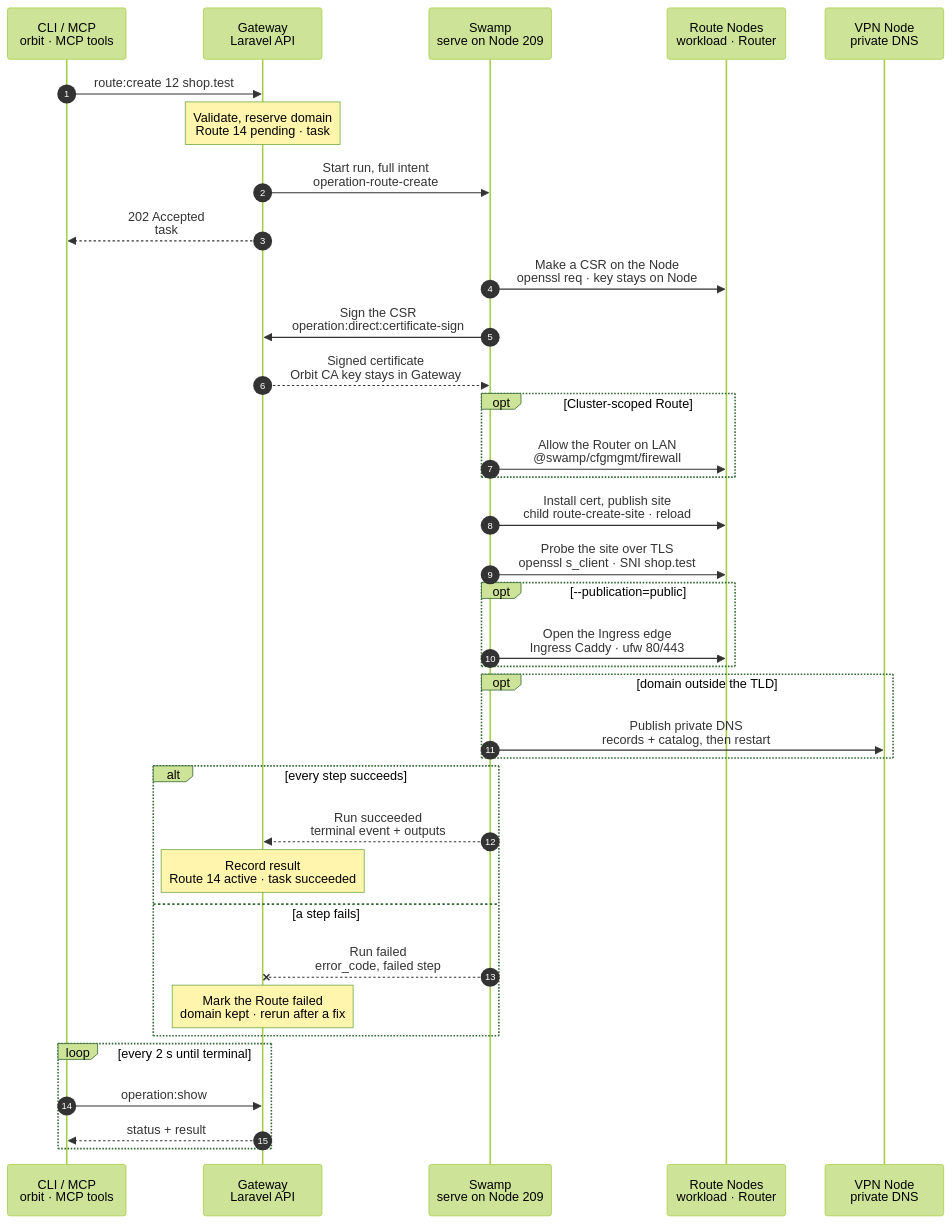
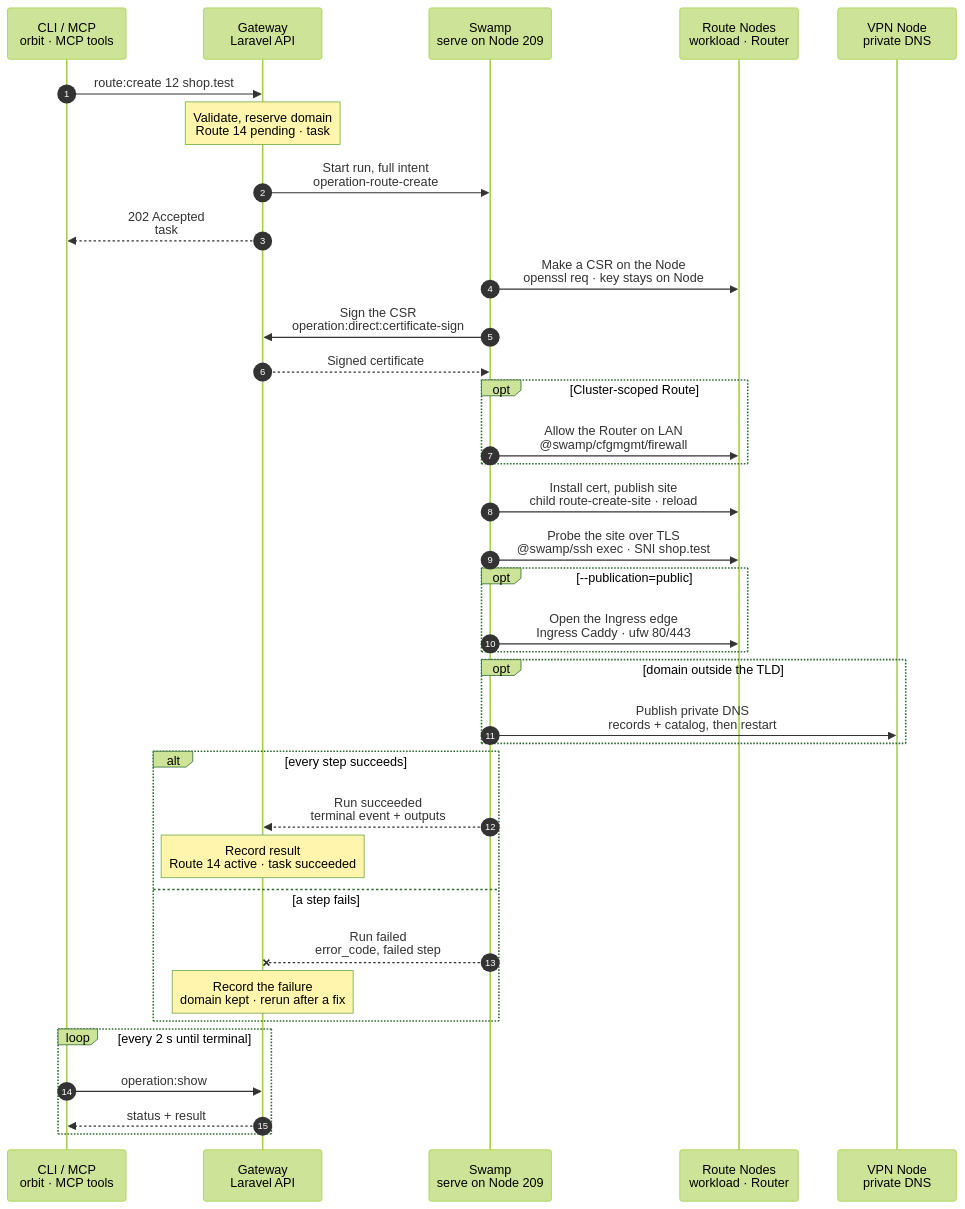
Before and after one commit to hardimpactdev/orbit: the diagram in docs/cli/route/create.mmd, drawn with Mermaid (forest theme). The commit also changed 12 other files, not shown here.

First line of the commit message:
refactor(routes): probe create through pinned official SSH argv (#2500)

```diff
--- a/docs/cli/route/create.mmd
+++ b/docs/cli/route/create.mmd
@@ -1,168 +1,53 @@
 sequenceDiagram
-  %% Target design: ADR 0244 task, DECISIONS R1-R4, no DNS hold, TLD-wide private DNS, web root at instance:create, cert+site one step (Nick 2026-11-02), firewall.allow shape, Gateway signs CSRs (root-of-trust), single-swamp-node. docs/cli/route.mdx, docs/reference/routes.md.
-  %% Checked: flow-tighten 2026-11-02, rules 14-22 (rule 22: name the cfgmgmt behaviors; no other change).
-  %% Rule 23: 2026-11-03 required-only main path.
+  %% Target design: Nick 2026-11-03, single-swamp-node, rules 14-25.
   %% status: draft
   %% command: route:create
   %% kind: route.create
   autonumber
   %% lane CLI icon=terminal pill=caller tone=gray
   %% lane GW icon=gateway pill=intent tone=blue
   %% lane SW icon=workflow pill=executes tone=green
   %% lane N icon=server pill=target tone=amber
   %% lane V icon=server pill=target tone=purple
   participant CLI as CLI / MCP<br/>orbit · MCP tools
   participant GW as Gateway<br/>Laravel API
   participant SW as Swamp<br/>serve on Node 209
   participant N as Route Nodes<br/>workload · Router
   participant V as VPN Node<br/>private DNS
   CLI->>GW: route:create 12 shop.test
-  %%> Command:
-  %%> - `orbit route:create 12 shop.test`
-  %%> - syntax: `<instance> <domain> [--publication=private|public] [--web-root=PATH]`
-  %%> Other forms:
-  %%> - custom proxy: `<domain> --node=NODE --upstream=URL` or `<domain> --node=NODE --process=PROCESS`
-  %%> - public Process Route: `<domain> --process=PROCESS [--ingress=NODE] --publication=public`
-  %%> Input:
-  %%> - Instance 12 sets the Project and the scope: its Node, or its active Cluster
-  %%> - the domain; the Gateway normalizes it
-  %%> Optional:
-  %%> - `--publication=public`: also opens the Ingress edge; the default is `private`
-  %%> - `--web-root=PATH`: the site serves that directory of the checkout; it adds no step
-  %%> - `--idempotency-key` and `--json` change no step
-  %%> Who can call it:
-  %%> - the `orbit` CLI and the MCP tool send the same request
   Note over GW: Validate, reserve domain<br/>Route 14 pending · task #5120
-  %%> Requirements:
-  %%> - your Node has an access grant to Node 7, the Node of Instance 12
-  %%> - Instance 12 is active and has a supported web root
-  %%> - the domain is valid, free, and not a reserved name such as `gateway.orbit`
-  %%> - Instance 12 has no other Route without a web root (`route.target_conflict`)
-  %%> - a Cluster-scoped Route needs an active Router (`route.router_required`)
-  %%> - a public Route needs production targets and a serving Ingress
-  %%> Locks:
-  %%> - the projection lock and the Instance environment owner of Instance 12
-  %%> - a busy lock is waited for up to 30 s, then `app-dev.projection_busy`
-  %%> Builds:
-  %%> - the Caddy site blocks for every affected Node, the certificate leaves, the LAN tuples and the private DNS records
-  %%> Result:
-  %%> - Route 14 recorded as `pending`, unpublished, with the domain reserved
-  %%> - task #5120 recorded with the full intent
-  %%> - nothing has happened on a Node yet
   GW->>SW: Start run, full intent<br/>operation-route-create
-  %%> What it does:
-  %%> - starts one Swamp run on serve (Node 209)
-  %%> Inputs:
-  %%> - the rendered Caddy blocks before and after, per Node
-  %%> - the certificate leaves: Node, scope, domain, Node user
-  %%> - LAN tuples, DNS records, probes, and each Node's address and SSH host keys
-  %%> - production `.env` material only as vault key names in `orbit-control-inputs` (R3)
-  %%> - the SSH identity comes from the `swamp` role
   GW-->>CLI: 202 Accepted<br/>task #5120
-  %%> What you get:
-  %%> - the task number, at once
-  %%> Next:
-  %%> - the CLI follows the task with `operation:show`
   SW->>N: Make a CSR on the Node<br/>openssl req · key stays on Node
-  %%> How:
-  %%> - Swamp reaches Node 7, and the Router for a Cluster Route, over `@swamp/ssh` from 209
-  %%> What it does:
-  %%> - makes a new private key and a certificate request for `shop.test`
-  %%> - returns only the public CSR to Swamp
-  %%> Why:
-  %%> - the private key never leaves the Node
   SW->>GW: Sign the CSR<br/>operation:direct:certificate-sign
-  %%> What it does:
-  %%> - sends the CSRs with task #5120 and the run id
-  %%> Why:
-  %%> - the Orbit CA key stays in the Gateway; signing is the one step that calls the Gateway
-  %%> Requirements:
-  %%> - the Gateway checks the task, the run, and that each CSR matches an admitted leaf
-  GW-->>SW: Signed certificate<br/>Orbit CA key stays in Gateway
-  %%> Returns:
-  %%> - one public certificate bundle per leaf
+  %%> The Orbit CA key stays in the Gateway.
+  GW-->>SW: Signed certificate
   opt Cluster-scoped Route
     SW->>N: Allow the Router on LAN<br/>@swamp/cfgmgmt/firewall
-    %%> What it does:
-    %%> - on the workload Node, allows TCP 443 from the Router's LAN address
-    %%> - an identical tuple that another Route uses is left as it is
-    %%> - a managed rule goes below the operator rules, so `@swamp/cfgmgmt/firewall` needs no insert position
-    %%> Why:
-    %%> - the Router forwards to the workload over LAN, with no WireGuard fallback
+    %%> The Router reaches workloads over LAN; there is no WireGuard fallback.
   end
   SW->>N: Install cert, publish site<br/>child route-create-site · reload
-  %%> What it does, per Node, in one child run:
-  %%> - installs the signed certificate next to its key, `root:caddy` 0644, and points `current` at it
-  %%> - copies the pair into the account's `~/.orbit/certificates`, which development servers read
-  %%> - trusts the Orbit root, writes the PHP-FPM pools, then the whole Caddyfile
-  %%> - validates the Caddyfile, then reloads Caddy
-  %%> - writes `APP_URL`, or a production `.env` from the vault
-  %%> Until instance:create owns it:
-  %%> - grants Caddy read access to the web root, one `setfacl` per directory
-  %%> How:
-  %%> - `@swamp/cfgmgmt` file, link and line; `caddy validate`, reloads and `setfacl` as `@swamp/ssh exec`
-  %%> Why reload:
-  %%> - a reload keeps open connections; Caddy is never restarted (rule 7)
-  %%> Refuses:
-  %%> - a validation error; the old Caddyfile stays in place
-  %%> Why one step:
-  %%> - same Node, back to back; the certificate never sits on the Node without its site
-  SW->>N: Probe the site over TLS<br/>openssl s_client · SNI shop.test
-  %%> What it does:
-  %%> - connects from 209 to the workload, or the Router, on port 443 with the Route domain as SNI
-  %%> - requires a chain the Orbit root trusts
-  %%> Why:
-  %%> - the Route only counts as served when the probe passes
-  %%> Not included:
-  %%> - the application's own HTTP answer; a 500 does not fail the Route
+  %%> A validation error stops the reload; the written candidate stays for convergence.
+  SW->>N: Probe the site over TLS<br/>@swamp/ssh exec · SNI shop.test
+  %%> Runs from 209; an HTTP 500 does not fail the TLS check.
   opt --publication=public
     SW->>N: Open the Ingress edge<br/>Ingress Caddy · ufw 80/443
-    %%> What it does:
-    %%> - publishes the public site on the Ingress, with `tls force_automate` for Let's Encrypt
-    %%> - opens `orbit:ingress-http` and `orbit:ingress-https` when they are closed
-    %%> Not included:
-    %%> - the public DNS record; you create it yourself
-    %%> - waiting for Let's Encrypt; Caddy retries on its own
+    %%> Public DNS is operator-managed. Caddy retries Let's Encrypt by itself.
   end
   opt domain outside the TLD
     SW->>V: Publish private DNS<br/>records + catalog, then restart
-    %%> What it does:
-    %%> - adds the domain, for example `shop.nick.dev`, pointing at Node 7, or at the Router for a Cluster Route
-    %%> - writes the records and the catalog with `@swamp/cfgmgmt/file`, then restarts dnsmasq; it reads records only at start
-    %%> Order:
-    %%> - DNS goes last, so a name only resolves when its site serves
-    %%> When:
-    %%> - only when the domain is outside the TLD of Node 7 or its Cluster
-    %%> - `shop.test` needs no record: private DNS already answers all of `.test` with Node 7
+    %%> DNS goes last. Inside the TLD, private DNS already answers the whole zone.
+    %%> dnsmasq reads records only at startup.
   end
   alt every step succeeds
     SW-->>GW: Run succeeded<br/>terminal event + outputs
-    %%> How the Gateway learns it:
-    %%> - its shared run reader sees the terminal event; Swamp never calls the Gateway
     Note over GW: Record result<br/>Route 14 active · task succeeded
-    %%> Result:
-    %%> - Route 14 becomes `active` and Instance 12 shows `https://shop.test`
-    %%> - task #5120 succeeds
   else a step fails
     SW--xGW: Run failed<br/>error_code, failed step
-    %%> The Gateway reads:
-    %%> - which step failed and its error code
-    Note over GW: Mark the Route failed<br/>domain kept · rerun after a fix
-    %%> Result:
-    %%> - Route 14 is marked `failed` with `failed_step` and `error_code`; the domain stays reserved
-    %%> - task #5120 fails
-    %%> On the Node:
-    %%> - what the run added stays; there is no rollback
-    %%> - that is safe: Route 14 shows `failed`, and a rerun converges the same state
-    %%> Retry:
-    %%> - run the same command again after fixing the cause; it is a new task and skips finished steps
-    %%> - to give up instead, run `route:destroy 14`; it removes what the run added
+    Note over GW: Record the failure<br/>domain kept · rerun after a fix
+    %%> There is no rollback. Rerun to converge, or route:destroy to remove what was added.
   end
   loop every 2 s until terminal
     CLI->>GW: operation:show #5120
-    %%> What it does:
-    %%> - asks for the task's status every 2 seconds until it has ended
     GW-->>CLI: status + result
-    %%> Returns:
-    %%> - the current status, and the result once the task has ended
   end
```
